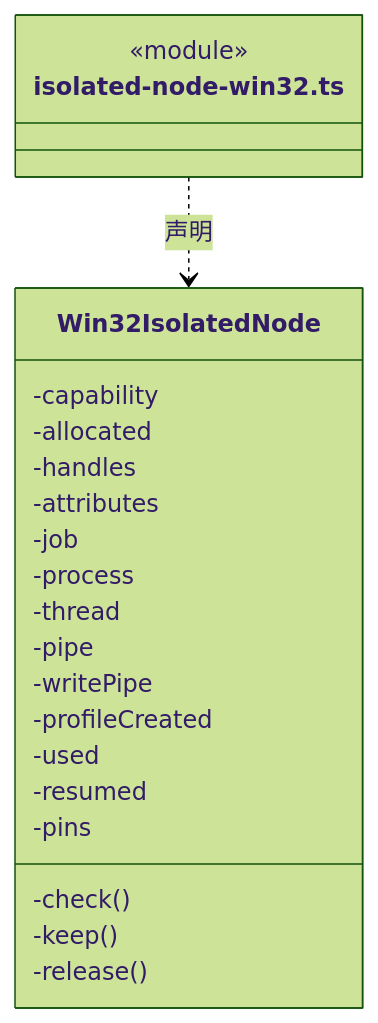
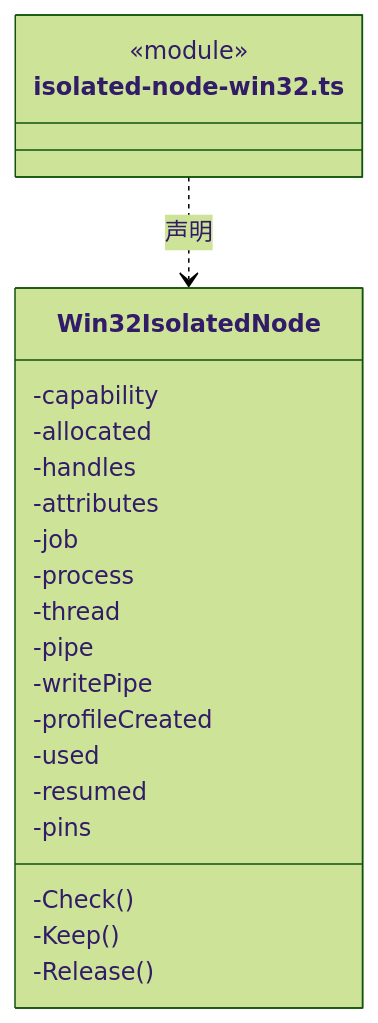
One commit to nan023062/cbim changed the fourth of 15 diagrams in src/logic/file-operations/platform/isolation/ARCHITECTURE.md. Above: the diagram before and after it, drawn with Mermaid (forest theme). The commit also changed other lines of this file and 1035 other files, not shown here.

````diff
--- a/src/logic/file-operations/platform/isolation/ARCHITECTURE.md
+++ b/src/logic/file-operations/platform/isolation/ARCHITECTURE.md
@@ -96,25 +96,25 @@
 ```mermaid
 classDiagram
 class N_src_logic_file_operations_platform_isolation_isolated_node_win32_ts["isolated-node-win32.ts"] {
   <<module>>
 }
 class N_src_logic_file_operations_platform_isolation_isolated_node_win32_ts_Win32IsolatedNode["Win32IsolatedNode"] {
   -capability
   -allocated
   -handles
   -attributes
   -job
   -process
   -thread
   -pipe
   -writePipe
   -profileCreated
   -used
   -resumed
   -pins
-  -check()
-  -keep()
-  -release()
+  -Check()
+  -Keep()
+  -Release()
 }
 N_src_logic_file_operations_platform_isolation_isolated_node_win32_ts ..> N_src_logic_file_operations_platform_isolation_isolated_node_win32_ts_Win32IsolatedNode : 声明
 ```
````
